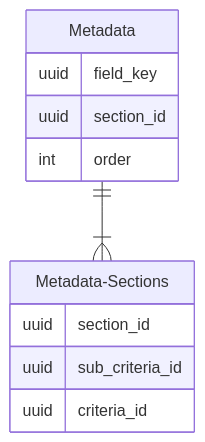
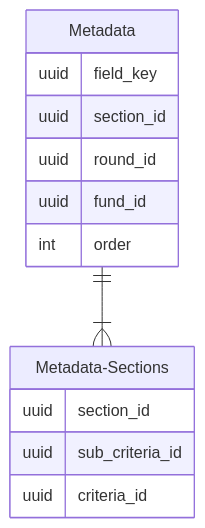
One commit to communitiesuk/funding-service-design-assessment-store changed the second of 2 diagrams in diagrams/db_diagram.md. Above: the diagram before and after it, drawn with Mermaid.

````diff
--- a/diagrams/db_diagram.md
+++ b/diagrams/db_diagram.md
@@ -57,15 +57,17 @@
 ```mermaid
 erDiagram
 	Metadata {
 		uuid field_key
 		uuid section_id
+		uuid round_id
+		uuid fund_id
 		int order
 	}
 	Metadata-Sections{
 		uuid section_id
 		uuid sub_criteria_id
 		uuid criteria_id
 	}
 	
 	Metadata ||--|{ Metadata-Sections : ""
 ```
````
